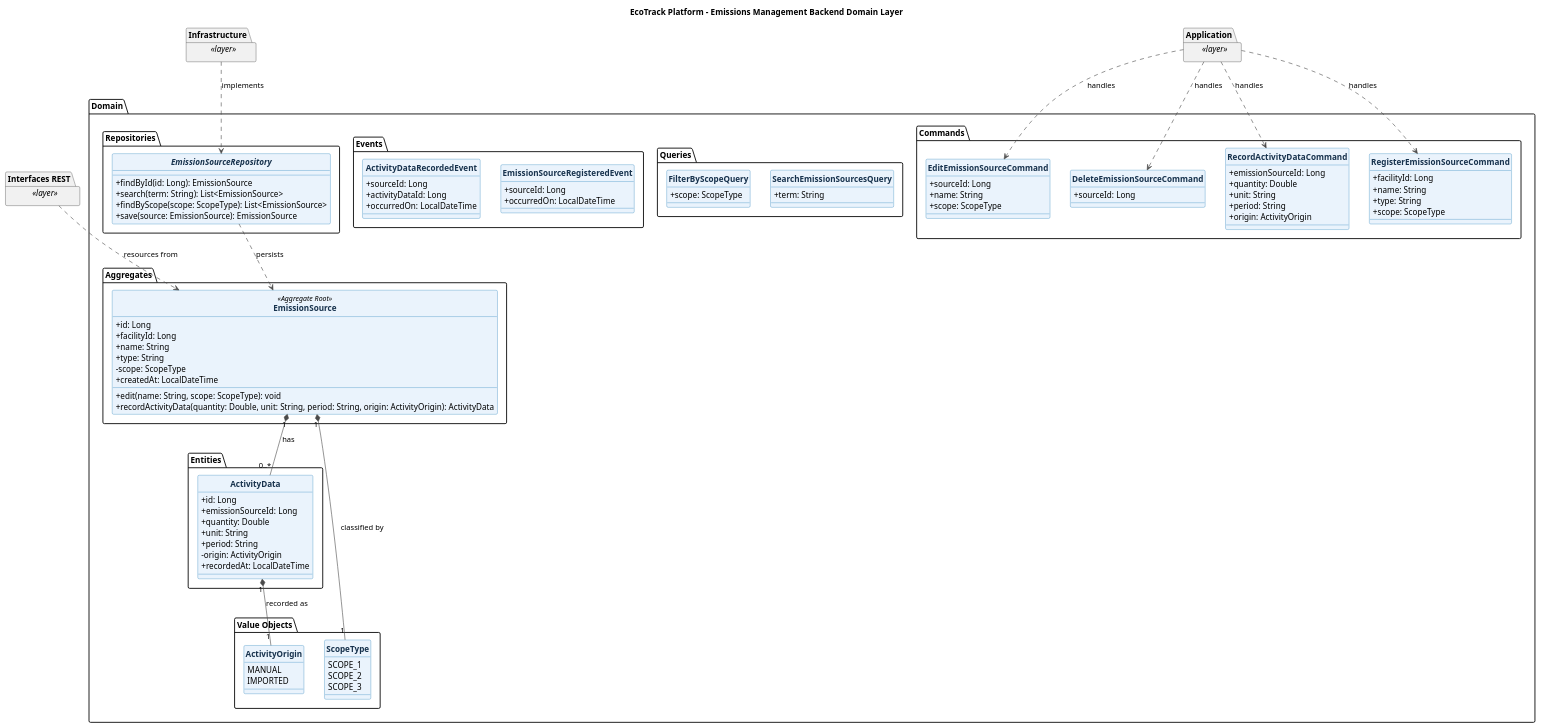
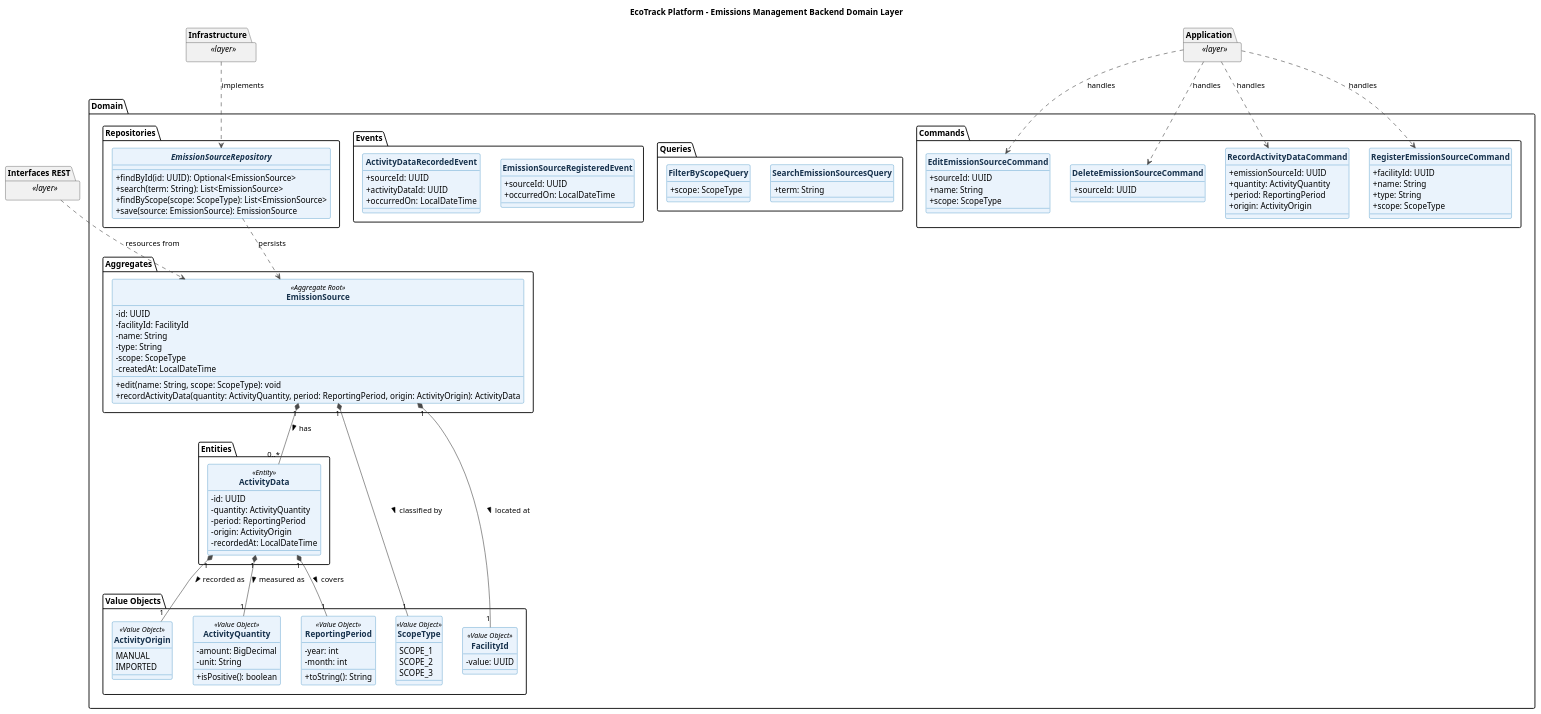
Before and after one commit to Horizon-OpenSource/report: the diagram in docs/diagrams/class/backend/ecotrack-emissions-management-backend-domain-layer-class-diagram.puml, drawn with PlantUML. The commit also changed 17 other files, not shown here.

Commit message:
docs(report): update diagrams for event storming, architecture, class and database

```diff
--- a/docs/diagrams/class/backend/ecotrack-emissions-management-backend-domain-layer-class-diagram.puml
+++ b/docs/diagrams/class/backend/ecotrack-emissions-management-backend-domain-layer-class-diagram.puml
@@ -1,132 +1,145 @@
 @startuml
 title EcoTrack Platform - Emissions Management Backend Domain Layer
 skinparam backgroundColor #FFFFFF
 skinparam shadowing false
 skinparam classAttributeIconSize 0
 skinparam classFontStyle bold
 skinparam class {
   BackgroundColor #EAF3FC
   BorderColor #0B6FB3
   ArrowColor #4A4A4A
   FontColor #17324D
 }
 skinparam enum {
   BackgroundColor #FDF3E3
   BorderColor #C9832B
   FontColor #5A3E12
 }
 hide circle
 
 package "Domain" {
   package "Aggregates" {
     class EmissionSource <<Aggregate Root>> {
-      +id: Long
-      +facilityId: Long
-      +name: String
-      +type: String
+      -id: UUID
+      -facilityId: FacilityId
+      -name: String
+      -type: String
       -scope: ScopeType
-      +createdAt: LocalDateTime
+      -createdAt: LocalDateTime
       +edit(name: String, scope: ScopeType): void
-      +recordActivityData(quantity: Double, unit: String, period: String, origin: ActivityOrigin): ActivityData
+      +recordActivityData(quantity: ActivityQuantity, period: ReportingPeriod, origin: ActivityOrigin): ActivityData
     }
   }
 
   package "Entities" {
-    class ActivityData {
-      +id: Long
-      +emissionSourceId: Long
-      +quantity: Double
-      +unit: String
-      +period: String
+    class ActivityData <<Entity>> {
+      -id: UUID
+      -quantity: ActivityQuantity
+      -period: ReportingPeriod
       -origin: ActivityOrigin
-      +recordedAt: LocalDateTime
+      -recordedAt: LocalDateTime
     }
   }
 
   package "Value Objects" {
-    enum ScopeType {
+    enum ScopeType <<Value Object>> {
       SCOPE_1
       SCOPE_2
       SCOPE_3
     }
-    enum ActivityOrigin {
+    enum ActivityOrigin <<Value Object>> {
       MANUAL
       IMPORTED
+    }
+    class FacilityId <<Value Object>> {
+      -value: UUID
+    }
+    class ActivityQuantity <<Value Object>> {
+      -amount: BigDecimal
+      -unit: String
+      +isPositive(): boolean
+    }
+    class ReportingPeriod <<Value Object>> {
+      -year: int
+      -month: int
+      +toString(): String
     }
   }
 
   package "Commands" {
     class RegisterEmissionSourceCommand {
-      +facilityId: Long
+      +facilityId: UUID
       +name: String
       +type: String
       +scope: ScopeType
     }
     class EditEmissionSourceCommand {
-      +sourceId: Long
+      +sourceId: UUID
       +name: String
       +scope: ScopeType
     }
     class DeleteEmissionSourceCommand {
-      +sourceId: Long
+      +sourceId: UUID
     }
     class RecordActivityDataCommand {
-      +emissionSourceId: Long
-      +quantity: Double
-      +unit: String
-      +period: String
+      +emissionSourceId: UUID
+      +quantity: ActivityQuantity
+      +period: ReportingPeriod
       +origin: ActivityOrigin
     }
   }
 
   package "Queries" {
     class SearchEmissionSourcesQuery {
       +term: String
     }
     class FilterByScopeQuery {
       +scope: ScopeType
     }
   }
 
   package "Events" {
     class EmissionSourceRegisteredEvent {
-      +sourceId: Long
+      +sourceId: UUID
       +occurredOn: LocalDateTime
     }
     class ActivityDataRecordedEvent {
-      +sourceId: Long
-      +activityDataId: Long
+      +sourceId: UUID
+      +activityDataId: UUID
       +occurredOn: LocalDateTime
     }
   }
 
   package "Repositories" {
     interface EmissionSourceRepository {
-      +findById(id: Long): EmissionSource
+      +findById(id: UUID): Optional<EmissionSource>
       +search(term: String): List<EmissionSource>
       +findByScope(scope: ScopeType): List<EmissionSource>
       +save(source: EmissionSource): EmissionSource
     }
   }
 
-  EmissionSource "1" *-- "1" ScopeType : classified by
-  EmissionSource "1" *-- "0..*" ActivityData : has
-  ActivityData "1" *-- "1" ActivityOrigin : recorded as
+  EmissionSource "1" *-- "0..*" ActivityData : has >
+  EmissionSource "1" *-- "1" ScopeType : classified by >
+  EmissionSource "1" *-- "1" FacilityId : located at >
+  ActivityData "1" *-- "1" ActivityQuantity : measured as >
+  ActivityData "1" *-- "1" ReportingPeriod : covers >
+  ActivityData "1" *-- "1" ActivityOrigin : recorded as >
   EmissionSourceRepository ..> EmissionSource : persists
 }
 
 package "Interfaces REST" as Backend_emissions_Interfaces_REST <<layer>> {
 }
 package "Application" as Backend_emissions_Application <<layer>> {
 }
 package "Infrastructure" as Backend_emissions_Infrastructure <<layer>> {
 }
 
 Backend_emissions_Interfaces_REST ..> EmissionSource : resources from
 Backend_emissions_Application ..> RegisterEmissionSourceCommand : handles
 Backend_emissions_Application ..> EditEmissionSourceCommand : handles
 Backend_emissions_Application ..> DeleteEmissionSourceCommand : handles
 Backend_emissions_Application ..> RecordActivityDataCommand : handles
 Backend_emissions_Infrastructure ..> EmissionSourceRepository : implements
 
 @enduml
```
